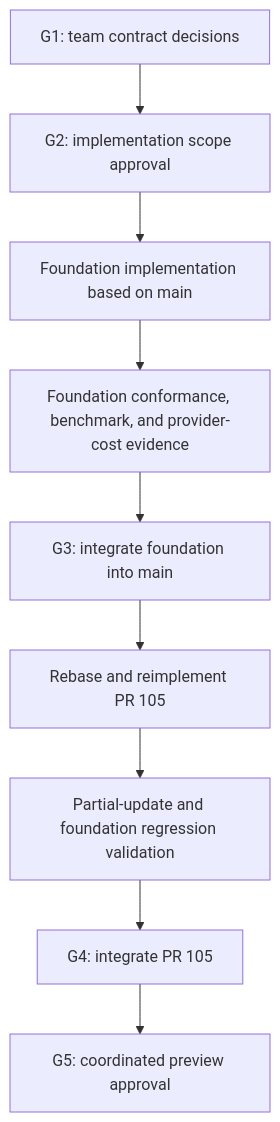
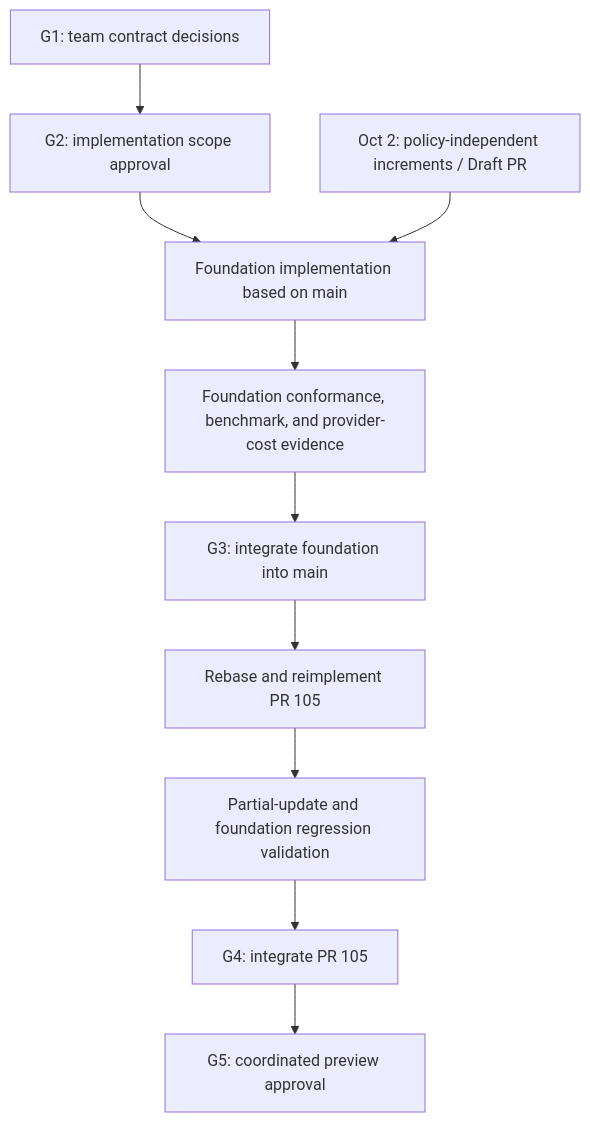
Before and after one commit to allenkim0129/multiclouddb-sdk-for-java: the eighth of 8 diagrams in docs/design/issue-116-document-serialization.md, drawn with Mermaid. The commit also changed other lines of this file and 6 other files, not shown here.

````diff
--- a/docs/design/issue-116-document-serialization.md
+++ b/docs/design/issue-116-document-serialization.md
@@ -932,11 +1065,12 @@
 ```mermaid
 flowchart TD
     T["G1: team contract decisions"] --> A["G2: implementation scope approval"]
     A --> F["Foundation implementation based on main"]
+    S["Oct 2: policy-independent increments / Draft PR"] --> F
     F --> FV["Foundation conformance, benchmark, and provider-cost evidence"]
     FV --> I["G3: integrate foundation into main"]
     I --> P["Rebase and reimplement PR 105"]
     P --> PV["Partial-update and foundation regression validation"]
     PV --> PI["G4: integrate PR 105"]
     PI --> R["G5: coordinated preview approval"]
 ```
````
